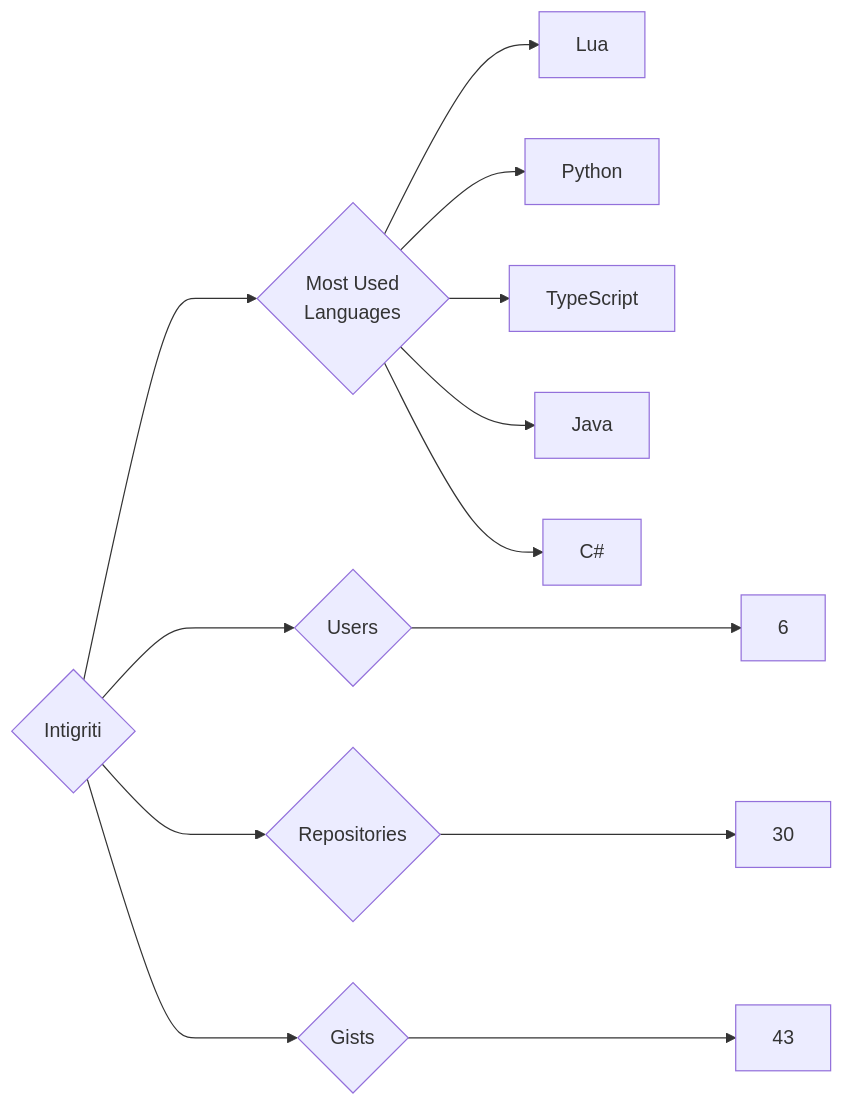
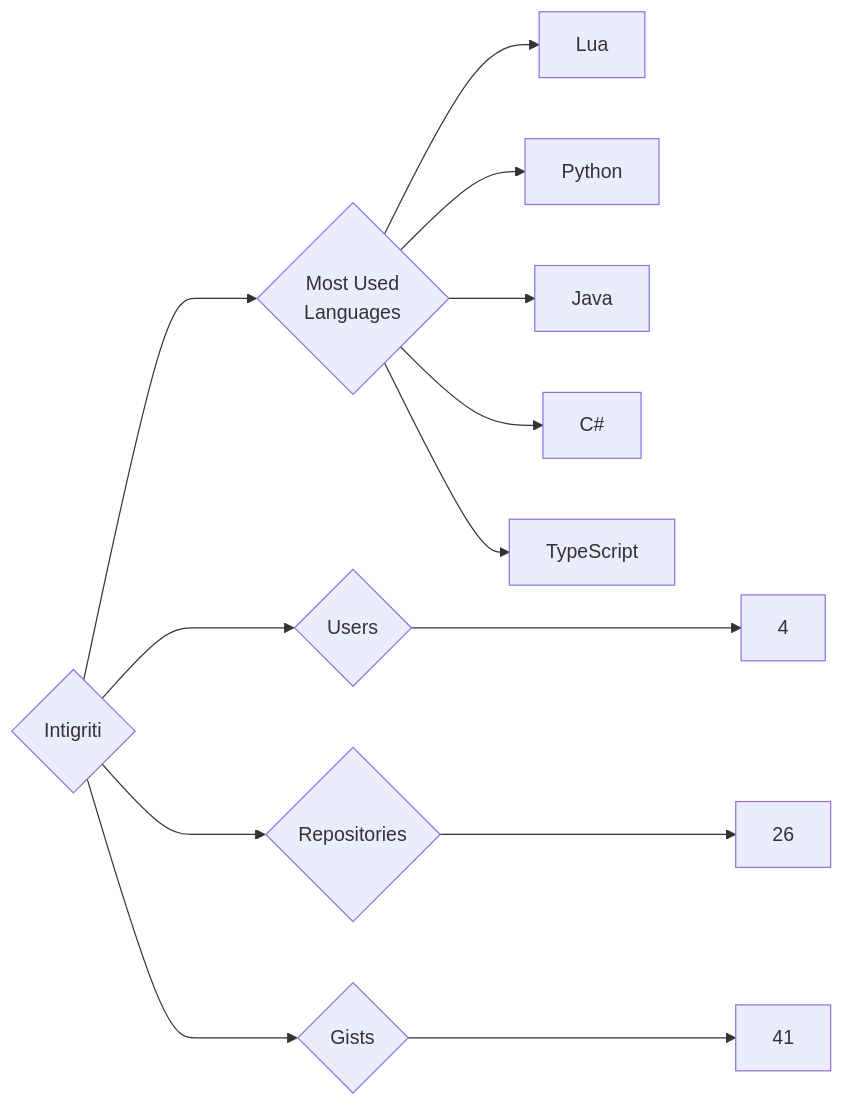
One commit to trickest/insiders changed the diagram in targets/Intigriti/README.md. Above: the diagram before and after it, drawn with Mermaid. The commit also changed 840 other files, not shown here.

````diff
--- a/targets/Intigriti/README.md
+++ b/targets/Intigriti/README.md
@@ -3,13 +3,13 @@
 ```mermaid
 graph LR
 COMPANY_NAME{Intigriti}
-COMPANY_NAME ---> U{Users} ---> UN[6]
-COMPANY_NAME ---> R{Repositories} ---> RN[30]
-COMPANY_NAME ---> G{Gists} ---> GN[43]
+COMPANY_NAME ---> U{Users} ---> UN[4]
+COMPANY_NAME ---> R{Repositories} ---> RN[26]
+COMPANY_NAME ---> G{Gists} ---> GN[41]
 COMPANY_NAME ---> ML{Most Used<br>Languages}
 ML --> Lua[Lua]
 ML --> Python[Python]
-ML --> TypeScript[TypeScript]
 ML --> Java[Java]
 ML --> C#[C#]
+ML --> TypeScript[TypeScript]
 ```
````
